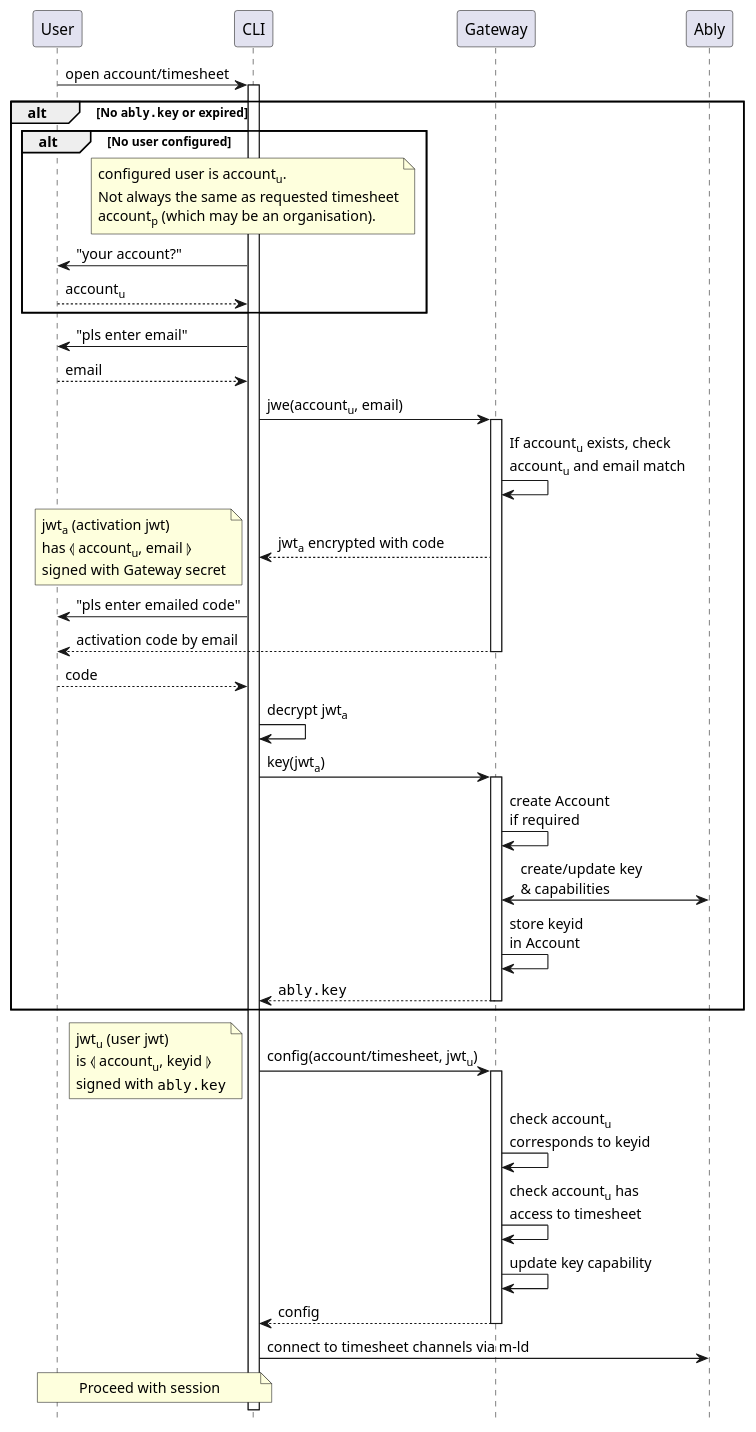
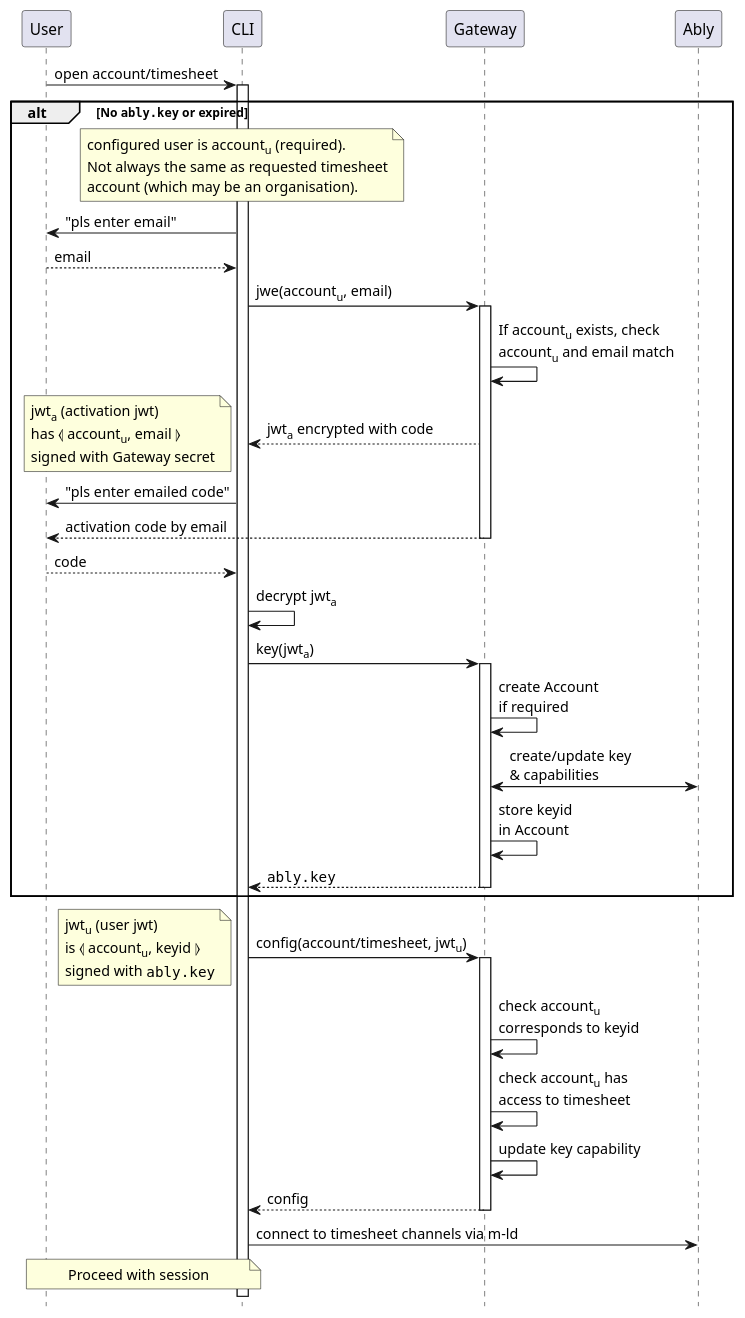
The diagram in architecture/security/register-cli.seq.puml (m-ld/timeld), drawn with PlantUML before and after one commit.

Commit message:
Corrected detail of security for Cli registration to match implementation

```diff
--- a/architecture/security/register-cli.seq.puml
+++ b/architecture/security/register-cli.seq.puml
@@ -1,54 +1,50 @@
 @startuml
 'https://plantuml.com/sequence-diagram
 hide footbox
 
 User -> CLI ++: open account/timesheet
 alt No ""ably.key"" or expired
-  alt No user configured
-    note over CLI
-      configured user is account<sub>u</sub>.
-      Not always the same as requested timesheet
-      account<sub>p</sub> (which may be an organisation).
-    end note
-    CLI -> User: "your account?"
-    User --> CLI: account<sub>u</sub>
-  end
+  note over CLI
+    configured user is account<sub>u</sub> (required).
+    Not always the same as requested timesheet
+    account (which may be an organisation).
+  end note
   CLI -> User: "pls enter email"
   User --> CLI: email
   CLI -> Gateway ++: jwe(account<sub>u</sub>, email)
   Gateway -> Gateway: If account<sub>u</sub> exists, check\naccount<sub>u</sub> and email match
   Gateway --> CLI: jwt<sub>a</sub> encrypted with code
   note left
     jwt<sub>a</sub> (activation jwt)
     has ⦉ account<sub>u</sub>, email ⦊
     signed with Gateway secret
   end note
   CLI -> User: "pls enter emailed code"
   Gateway --> User --: activation code by email
 
   User --> CLI: code
   ' TODO: brute force attack (look for a parseable JWT)
   CLI -> CLI: decrypt jwt<sub>a</sub>
   ' TODO: replay attack within JWT validity period
   CLI -> Gateway ++: key(jwt<sub>a</sub>)
   Gateway -> Gateway: create Account\nif required
   Gateway <-> Ably: create/update key\n& capabilities
   Gateway -> Gateway: store keyid\nin Account
   return ""ably.key""
 end
 
 CLI -> Gateway ++: config(account/timesheet, jwt<sub>u</sub>)
 note left
   jwt<sub>u</sub> (user jwt)
   is ⦉ account<sub>u</sub>, keyid ⦊
   signed with ""ably.key""
 end note
 Gateway -> Gateway: check account<sub>u</sub>\ncorresponds to keyid
 Gateway -> Gateway: check account<sub>u</sub> has\naccess to timesheet
 Gateway -> Gateway: update key capability
 return config
 
 CLI -> Ably: connect to timesheet channels via m-ld
 note over User, CLI: Proceed with session
 
 @enduml
```
